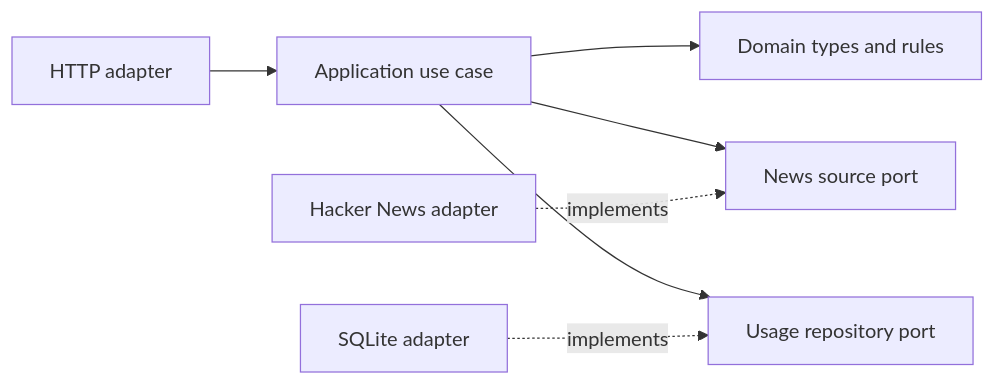
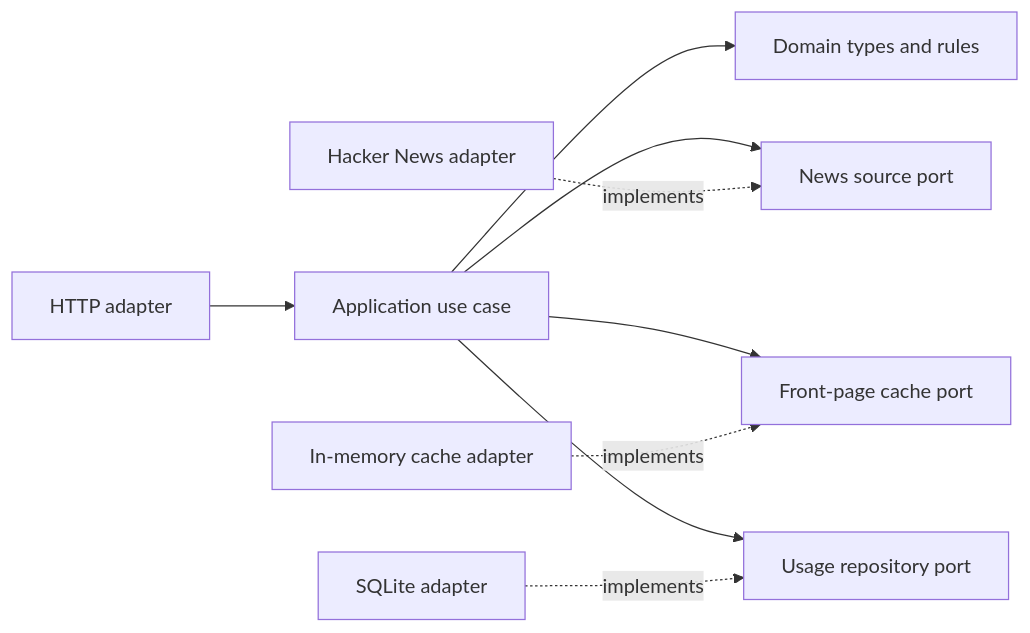
Before and after one commit to raphael899/hacker-news-crawler: the diagram in docs/architecture.md, drawn with Mermaid. The commit also changed other lines of this file and 18 other files, not shown here.

````diff
--- a/docs/architecture.md
+++ b/docs/architecture.md
@@ -9,9 +9,11 @@
 ```mermaid
 flowchart LR
   HTTP[HTTP adapter] --> UseCase[Application use case]
   UseCase --> Domain[Domain types and rules]
   UseCase --> SourcePort[News source port]
   HN[Hacker News adapter] -. implements .-> SourcePort
+  UseCase --> CachePort[Front-page cache port]
+  Cache[In-memory cache adapter] -. implements .-> CachePort
   UseCase --> UsagePort[Usage repository port]
   SQLite[SQLite adapter] -. implements .-> UsagePort
 ```
````
